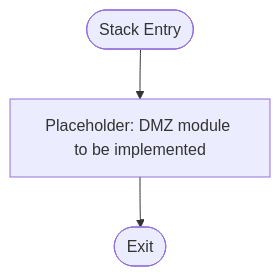
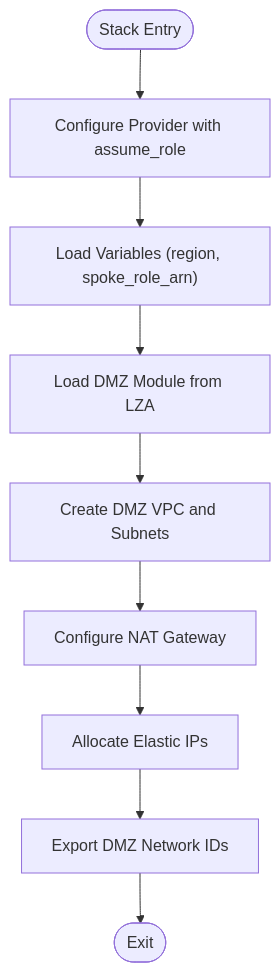
Before and after one commit to AlibabaCloudLandingZone/alibabacloud-landingzone-accelerator-github-demo: the eighth of 12 diagrams in .qoder/repowiki/en/content/Stack Architecture/Stack Architecture.md, drawn with Mermaid. The commit also changed other lines of this file and 104 other files, not shown here.

````diff
--- a/.qoder/repowiki/en/content/Stack Architecture/Stack Architecture.md
+++ b/.qoder/repowiki/en/content/Stack Architecture/Stack Architecture.md
@@ -245,5 +327,11 @@
 ```mermaid
 flowchart TD
-Start(["Stack Entry"]) --> Placeholder["Placeholder: DMZ module to be implemented"]
-Placeholder --> End(["Exit"])
+Start(["Stack Entry"]) --> Provider["Configure Provider with assume_role"]
+Provider --> Variables["Load Variables (region, spoke_role_arn)"]
+Variables --> Module["Load DMZ Module from LZA"]
+Module --> VPC["Create DMZ VPC and Subnets"]
+VPC --> NAT["Configure NAT Gateway"]
+NAT --> EIP["Allocate Elastic IPs"]
+EIP --> Outputs["Export DMZ Network IDs"]
+Outputs --> End(["Exit"])
 ```
````
